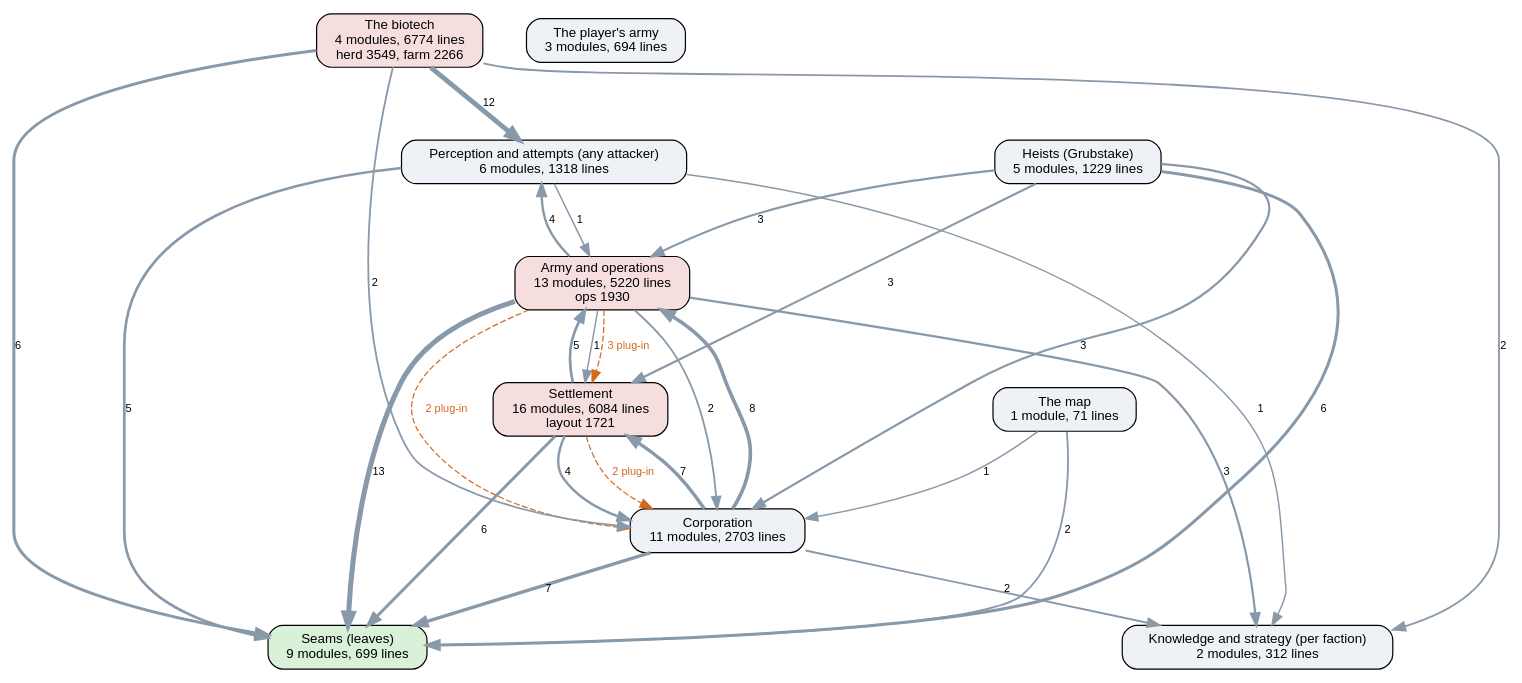
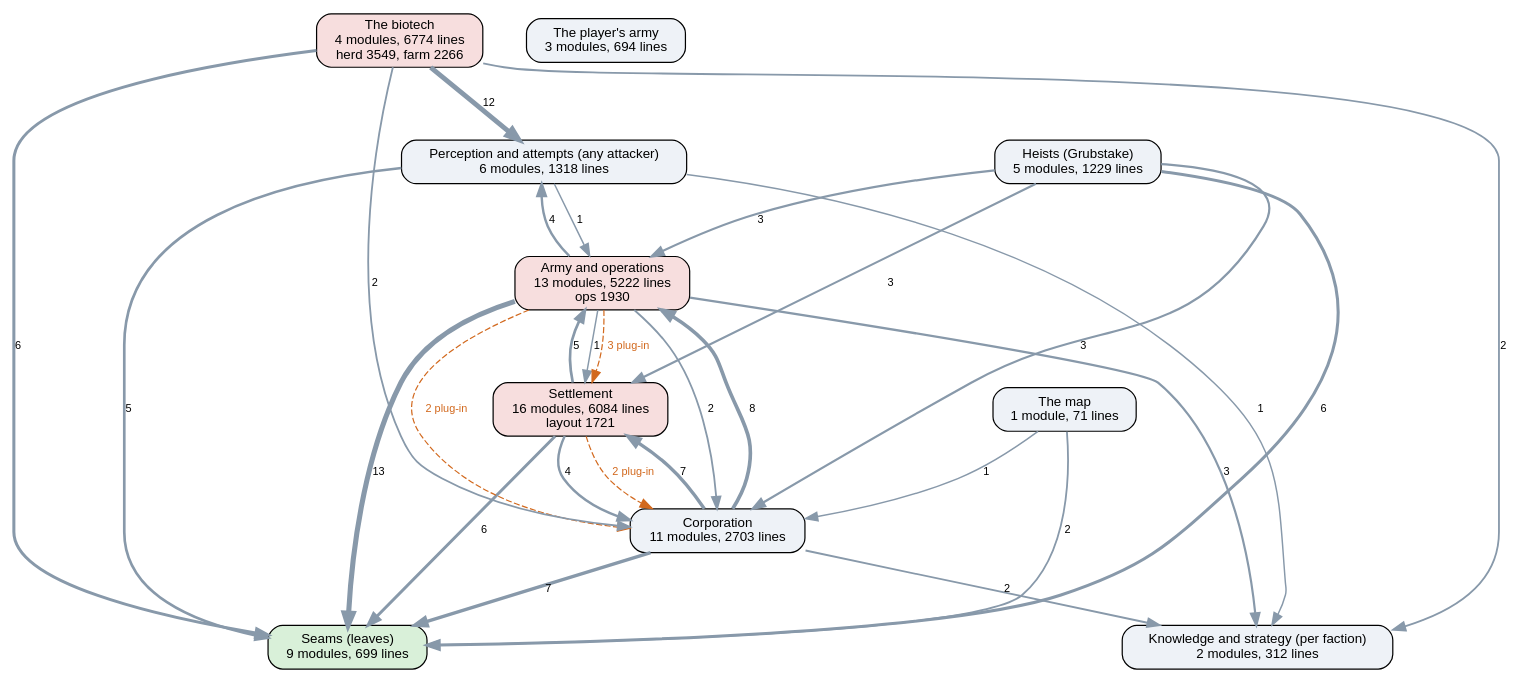
Before and after one commit to kinelhu/landing-party: the diagram in docs/ai-layers.dot, drawn with Graphviz. The commit also changed 7 other files, not shown here.

```diff
--- a/docs/ai-layers.dot
+++ b/docs/ai-layers.dot
@@ -1,43 +1,43 @@
 digraph layers {
   graph [rankdir=TB, fontname="Helvetica", nodesep=0.5, ranksep=0.7];
   node [shape=box, style="rounded,filled", fontname="Helvetica", fontsize=11, fillcolor="#eef2f7"];
   edge [color="#8899aa", fontname="Helvetica", fontsize=9];
   "Seams (leaves)" [label="Seams (leaves)\n9 modules, 699 lines", fillcolor="#d9f0d9"];
   "Perception and attempts (any attacker)" [label="Perception and attempts (any attacker)\n6 modules, 1318 lines", fillcolor="#eef2f7"];
   "Knowledge and strategy (per faction)" [label="Knowledge and strategy (per faction)\n2 modules, 312 lines", fillcolor="#eef2f7"];
   "Corporation" [label="Corporation\n11 modules, 2703 lines", fillcolor="#eef2f7"];
   "Settlement" [label="Settlement\n16 modules, 6084 lines\nlayout 1721", fillcolor="#f7dede"];
-  "Army and operations" [label="Army and operations\n13 modules, 5220 lines\nops 1930", fillcolor="#f7dede"];
+  "Army and operations" [label="Army and operations\n13 modules, 5222 lines\nops 1930", fillcolor="#f7dede"];
   "Heists (Grubstake)" [label="Heists (Grubstake)\n5 modules, 1229 lines", fillcolor="#eef2f7"];
   "The biotech" [label="The biotech\n4 modules, 6774 lines\nherd 3549, farm 2266", fillcolor="#f7dede"];
   "The map" [label="The map\n1 module, 71 lines", fillcolor="#eef2f7"];
   "The player's army" [label="The player's army\n3 modules, 694 lines", fillcolor="#eef2f7"];
   "Army and operations" -> "Corporation" [label="2", penwidth=1.5];
   "Army and operations" -> "Knowledge and strategy (per faction)" [label="3", penwidth=1.8];
   "Army and operations" -> "Perception and attempts (any attacker)" [label="4", penwidth=2.0];
   "Army and operations" -> "Seams (leaves)" [label="13", penwidth=4.2];
   "Army and operations" -> "Settlement" [label="1", penwidth=1.2];
   "Corporation" -> "Army and operations" [label="8", penwidth=3.0];
   "Corporation" -> "Knowledge and strategy (per faction)" [label="2", penwidth=1.5];
   "Corporation" -> "Seams (leaves)" [label="7", penwidth=2.8];
   "Corporation" -> "Settlement" [label="7", penwidth=2.8];
   "Heists (Grubstake)" -> "Army and operations" [label="3", penwidth=1.8];
   "Heists (Grubstake)" -> "Corporation" [label="3", penwidth=1.8];
   "Heists (Grubstake)" -> "Seams (leaves)" [label="6", penwidth=2.5];
   "Heists (Grubstake)" -> "Settlement" [label="3", penwidth=1.8];
   "Perception and attempts (any attacker)" -> "Army and operations" [label="1", penwidth=1.2];
   "Perception and attempts (any attacker)" -> "Knowledge and strategy (per faction)" [label="1", penwidth=1.2];
   "Perception and attempts (any attacker)" -> "Seams (leaves)" [label="5", penwidth=2.2];
   "Settlement" -> "Army and operations" [label="5", penwidth=2.2];
   "Settlement" -> "Corporation" [label="4", penwidth=2.0];
   "Settlement" -> "Seams (leaves)" [label="6", penwidth=2.5];
   "The biotech" -> "Corporation" [label="2", penwidth=1.5];
   "The biotech" -> "Knowledge and strategy (per faction)" [label="2", penwidth=1.5];
   "The biotech" -> "Perception and attempts (any attacker)" [label="12", penwidth=4.0];
   "The biotech" -> "Seams (leaves)" [label="6", penwidth=2.5];
   "The map" -> "Corporation" [label="1", penwidth=1.2];
   "The map" -> "Seams (leaves)" [label="2", penwidth=1.5];
   "Army and operations" -> "Corporation" [style=dashed, color="#d2691e", fontcolor="#d2691e", label="2 plug-in"];
   "Army and operations" -> "Settlement" [style=dashed, color="#d2691e", fontcolor="#d2691e", label="3 plug-in"];
   "Settlement" -> "Corporation" [style=dashed, color="#d2691e", fontcolor="#d2691e", label="2 plug-in"];
 }
```
